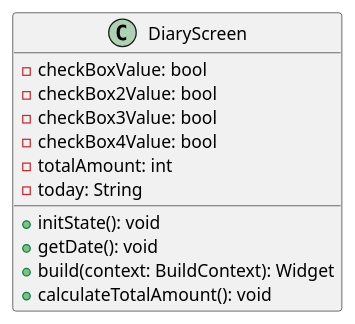
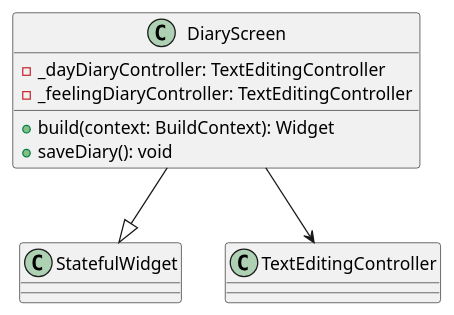
One commit to LiberationNacho/Project-pop changed the diagram in class/DiaryScreen.puml. Above: the diagram before and after it, drawn with PlantUML. The commit also changed 7 other files, not shown here.

Commit message:
클래스 다이어그램 추가

```diff
--- a/class/DiaryScreen.puml
+++ b/class/DiaryScreen.puml
@@ -1,15 +1,11 @@
 @startuml
 class DiaryScreen {
-  - checkBoxValue: bool
-  - checkBox2Value: bool
-  - checkBox3Value: bool
-  - checkBox4Value: bool
-  - totalAmount: int
-  - today: String
+  - _dayDiaryController: TextEditingController
+  - _feelingDiaryController: TextEditingController
+  + build(context: BuildContext): Widget
+  + saveDiary(): void
+}
 
-  + initState(): void
-  + getDate(): void
-  + build(context: BuildContext): Widget
-  + calculateTotalAmount(): void
-}
+DiaryScreen --|> StatefulWidget
+DiaryScreen --> TextEditingController
 @enduml
```
